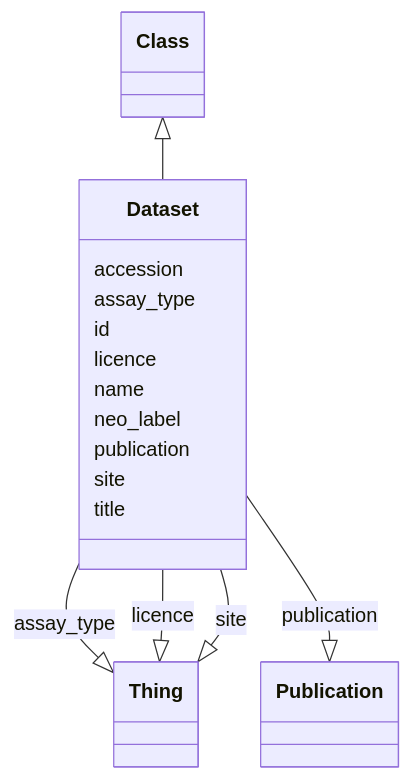
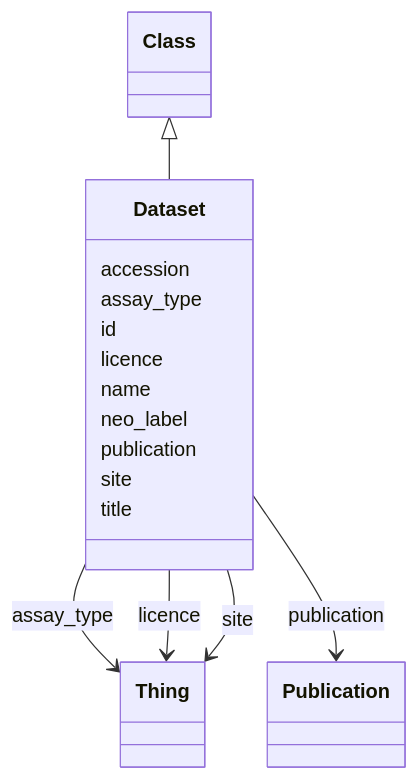
The diagram in docs/Dataset.md (VirtualFlyBrain/vfb-scRNAseq-ontology), drawn with Mermaid before and after one commit. The commit also changed other lines of this file and 31 other files, not shown here.

````diff
--- a/docs/Dataset.md
+++ b/docs/Dataset.md
@@ -10,33 +10,33 @@
 ```mermaid
  classDiagram
     class Dataset
       Class <|-- Dataset
       
       Dataset : accession
         
       Dataset : assay_type
         
-          Dataset --|> Thing : assay_type
+          Dataset --> Thing : assay_type
         
       Dataset : id
         
       Dataset : licence
         
-          Dataset --|> Thing : licence
+          Dataset --> Thing : licence
         
       Dataset : name
         
       Dataset : neo_label
         
       Dataset : publication
         
-          Dataset --|> Publication : publication
+          Dataset --> Publication : publication
         
       Dataset : site
         
-          Dataset --|> Thing : site
+          Dataset --> Thing : site
         
       Dataset : title
         
       
 ```
````
